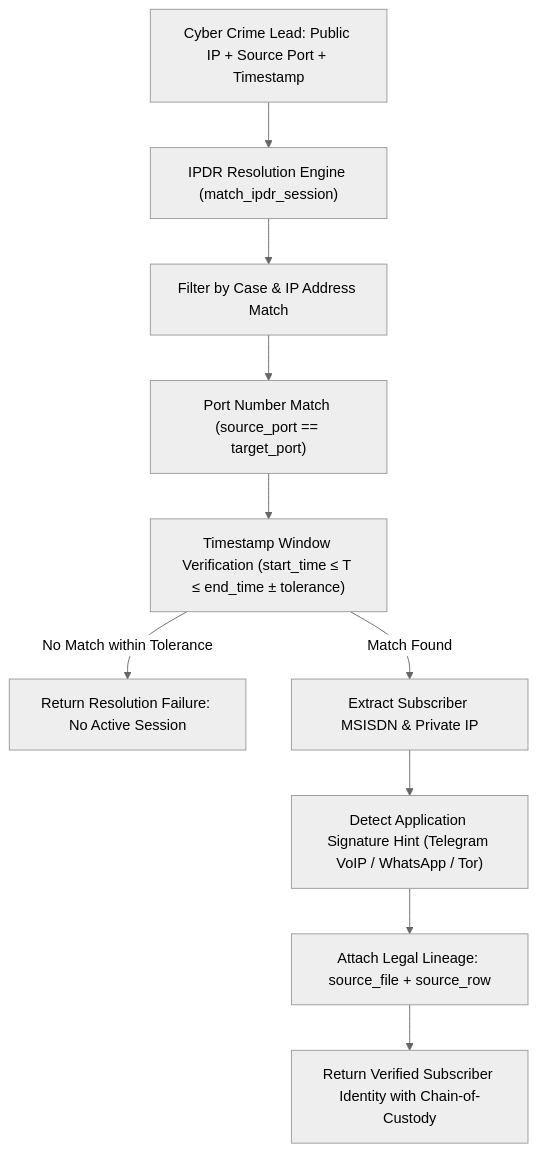
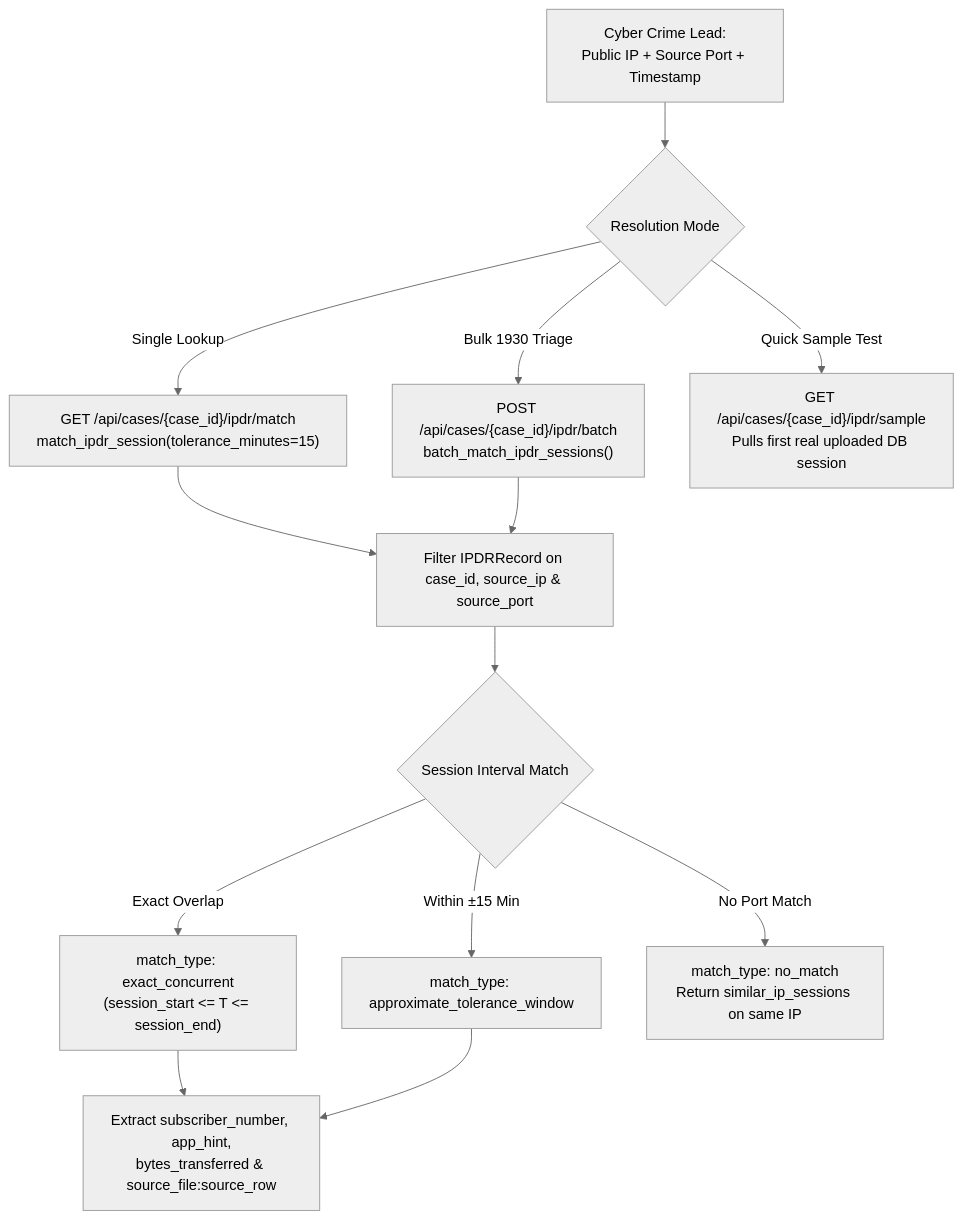
Before and after one commit to JAIDUUU/Anomus-hackthon-rajishtan: the diagram in docs/ipdr_nat_resolver.md, drawn with Mermaid (neutral theme). The commit also changed other lines of this file, not shown here.

Commit message:
docs(ipdr): document CGNAT triple-key matching, tolerance windows, and bulk 1930 batch lookup

````diff
--- a/docs/ipdr_nat_resolver.md
+++ b/docs/ipdr_nat_resolver.md
@@ -13,15 +13,17 @@
 ```mermaid
 flowchart TD
-    A["Cyber Crime Lead: Public IP + Source Port + Timestamp"] --> B["IPDR Resolution Engine (match_ipdr_session)"]
-    
-    B --> C["Filter by Case & IP Address Match"]
-    C --> D["Port Number Match (source_port == target_port)"]
-    D --> E["Timestamp Window Verification (start_time ≤ T ≤ end_time ± tolerance)"]
-    
-    E -->|No Match within Tolerance| F["Return Resolution Failure: No Active Session"]
-    E -->|Match Found| G["Extract Subscriber MSISDN & Private IP"]
-    
-    G --> H["Detect Application Signature Hint (Telegram VoIP / WhatsApp / Tor)"]
-    H --> I["Attach Legal Lineage: source_file + source_row"]
-    I --> J["Return Verified Subscriber Identity with Chain-of-Custody"]
+    Lead["Cyber Crime Lead:<br/>Public IP + Source Port + Timestamp"] --> Mode{Resolution Mode}
+
+    Mode -->|Single Lookup| Single["GET /api/cases/{case_id}/ipdr/match<br/>match_ipdr_session(tolerance_minutes=15)"]
+    Mode -->|Bulk 1930 Triage| Batch["POST /api/cases/{case_id}/ipdr/batch<br/>batch_match_ipdr_sessions()"]
+    Mode -->|Quick Sample Test| Sample["GET /api/cases/{case_id}/ipdr/sample<br/>Pulls first real uploaded DB session"]
+
+    Single & Batch --> Query["Filter IPDRRecord on case_id, source_ip & source_port"]
+    Query --> TimeCheck{Session Interval Match}
+
+    TimeCheck -->|Exact Overlap| Exact["match_type: exact_concurrent<br/>(session_start <= T <= session_end)"]
+    TimeCheck -->|Within ±15 Min| Near["match_type: approximate_tolerance_window"]
+    TimeCheck -->|No Port Match| Fallback["match_type: no_match<br/>Return similar_ip_sessions on same IP"]
+
+    Exact & Near --> Out["Extract subscriber_number, app_hint,<br/>bytes_transferred & source_file:source_row"]
 ```
````
